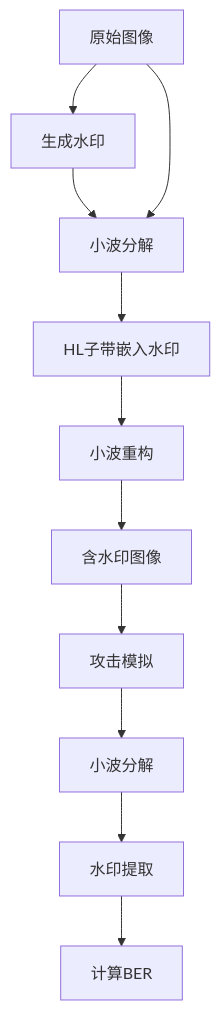
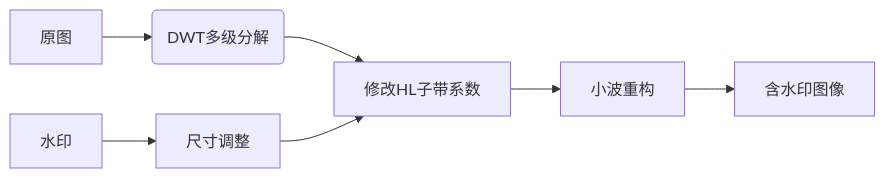
The second of 3 diagrams in project2/readme.md (JingyiLiu12138/ljy), drawn with Mermaid before and after one commit. The commit also changed other lines of this file, not shown here.

````diff
--- a/project2/readme.md
+++ b/project2/readme.md
@@ -49,13 +31,9 @@
 ```mermaid
-graph TD
-    A[原始图像] --> B[生成水印]
-    B --> C[小波分解]
-    A --> C
-    C --> D[HL子带嵌入水印]
+graph LR
+    A[原图] --> B(DWT多级分解)
+    W[水印] --> C[尺寸调整]
+    B --> D[修改HL子带系数]
+    C --> D
     D --> E[小波重构]
     E --> F[含水印图像]
-    F --> G[攻击模拟]
-    G --> H[小波分解]
-    H --> I[水印提取]
-    I --> J[计算BER]
 ```
````
